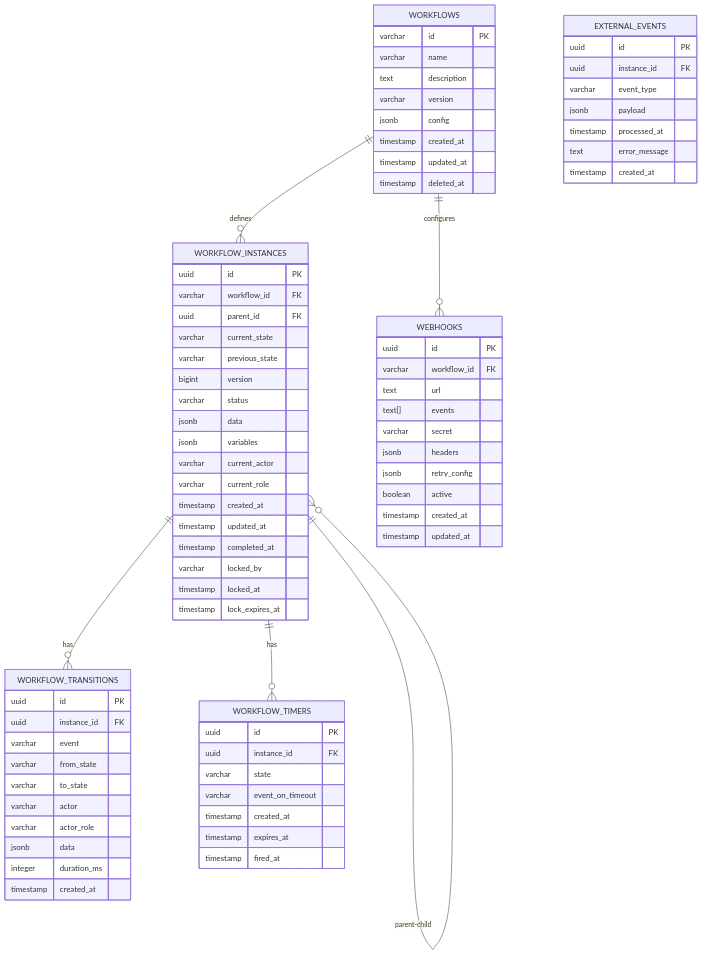
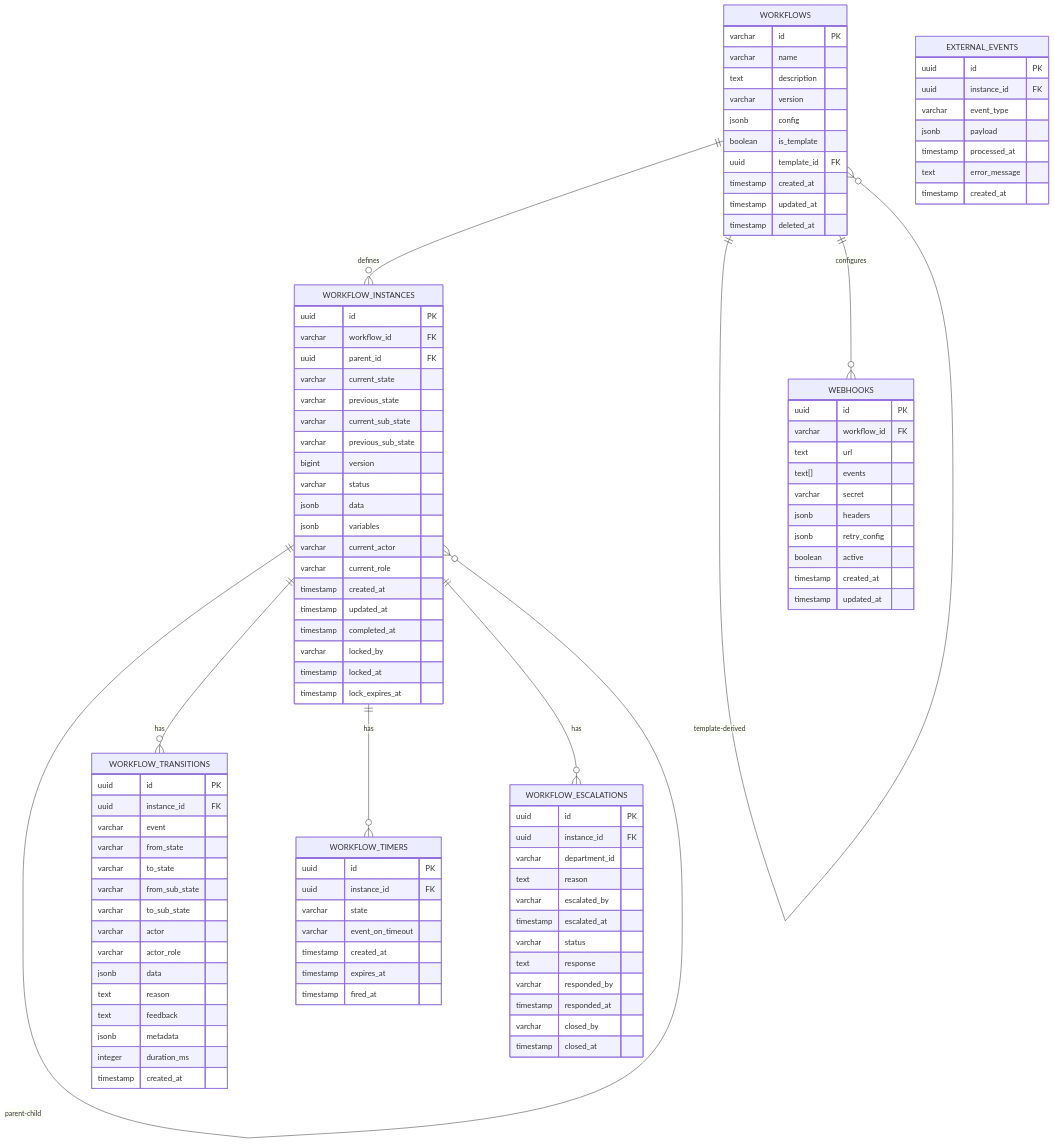
Before and after one commit to gerswin/FlowEngine: the third of 3 diagrams in design.md, drawn with Mermaid. The commit also changed other lines of this file, not shown here.

````diff
--- a/design.md
+++ b/design.md
@@ -247,9 +254,11 @@
 ```mermaid
 erDiagram
     WORKFLOWS ||--o{ WORKFLOW_INSTANCES : defines
+    WORKFLOWS ||--o{ WORKFLOWS : "template-derived"
     WORKFLOW_INSTANCES ||--o{ WORKFLOW_INSTANCES : "parent-child"
     WORKFLOW_INSTANCES ||--o{ WORKFLOW_TRANSITIONS : has
     WORKFLOW_INSTANCES ||--o{ WORKFLOW_TIMERS : has
+    WORKFLOW_INSTANCES ||--o{ WORKFLOW_ESCALATIONS : has
     WORKFLOWS ||--o{ WEBHOOKS : configures
 
     WORKFLOWS {
@@ -258,6 +267,8 @@
         text description
         varchar version
         jsonb config
+        boolean is_template
+        uuid template_id FK
         timestamp created_at
         timestamp updated_at
         timestamp deleted_at
@@ -269,6 +280,8 @@
         uuid parent_id FK
         varchar current_state
         varchar previous_state
+        varchar current_sub_state
+        varchar previous_sub_state
         bigint version
         varchar status
         jsonb data
@@ -289,9 +302,14 @@
         varchar event
         varchar from_state
         varchar to_state
+        varchar from_sub_state
+        varchar to_sub_state
         varchar actor
         varchar actor_role
         jsonb data
+        text reason
+        text feedback
+        jsonb metadata
         integer duration_ms
         timestamp created_at
     }
@@ -304,6 +322,21 @@
         timestamp created_at
         timestamp expires_at
         timestamp fired_at
+    }
+
+    WORKFLOW_ESCALATIONS {
+        uuid id PK
+        uuid instance_id FK
+        varchar department_id
+        text reason
+        varchar escalated_by
+        timestamp escalated_at
+        varchar status
+        text response
+        varchar responded_by
+        timestamp responded_at
+        varchar closed_by
+        timestamp closed_at
     }
 
     WEBHOOKS {
````
